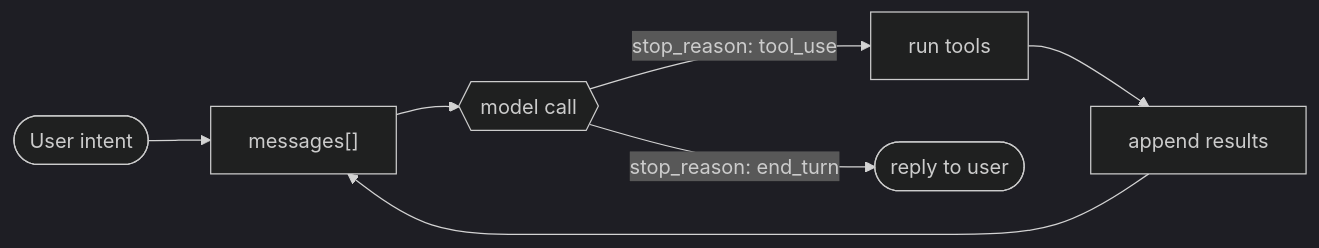
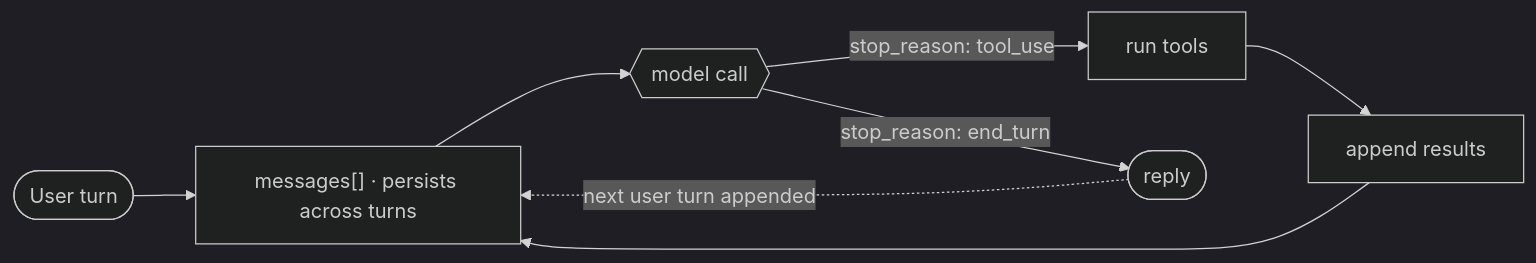
The diagram in sections/01-agent-loop/README.md (hardness1020/awesome-agent-architecture), drawn with Mermaid (dark theme) before and after one commit. The commit also changed other lines of this file and 22 other files, not shown here.

First line of the commit message:
refactor(loop): conversation-owned messages across the chain

````diff
--- a/sections/01-agent-loop/README.md
+++ b/sections/01-agent-loop/README.md
@@ -28,8 +28,9 @@
 ```mermaid
 flowchart LR
-    U([User intent]) --> M["messages[]"]
+    U([User turn]) --> M["messages[] · persists across turns"]
     M --> L{{model call}}
     L -->|stop_reason: tool_use| T[run tools]
     T --> A[append results] --> M
-    L -->|stop_reason: end_turn| D([reply to user])
+    L -->|stop_reason: end_turn| D([reply])
+    D -.next user turn appended.-> M
 ```
````
